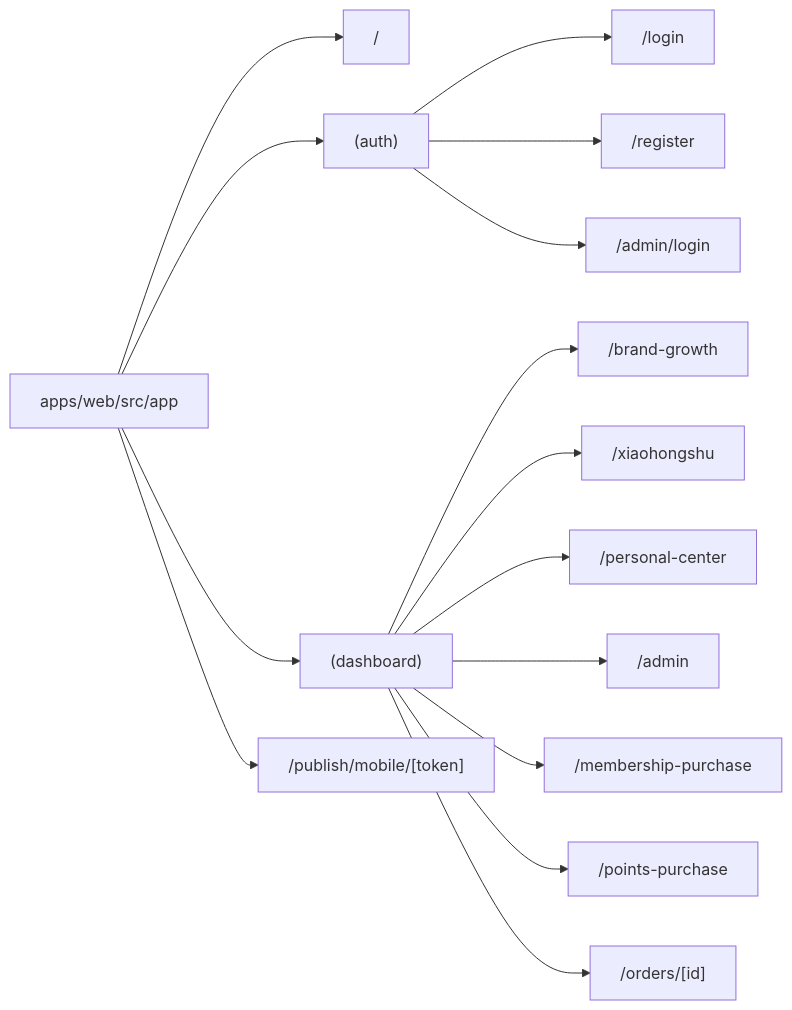
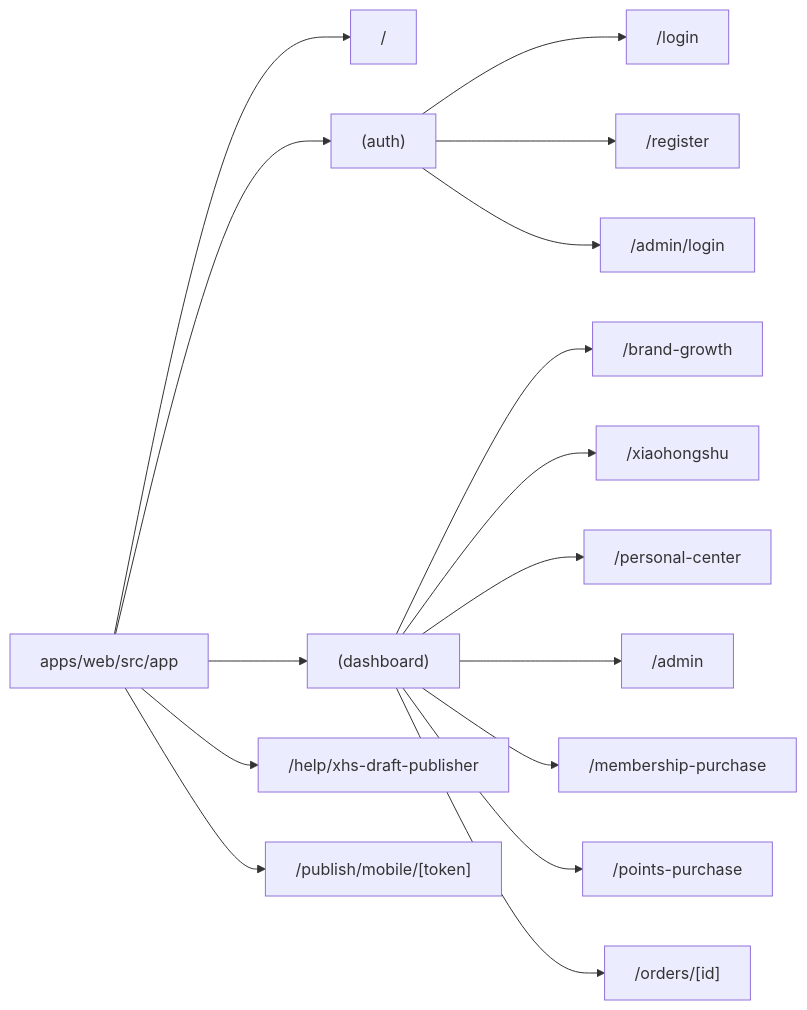
Before and after one commit to Depthukesh/ai-omni-ops-system: the second of 12 diagrams in docs/site-map-mermaid.md, drawn with Mermaid. The commit also changed other lines of this file and 19 other files, not shown here.

````diff
--- a/docs/site-map-mermaid.md
+++ b/docs/site-map-mermaid.md
@@ -92,21 +92,22 @@
 ```mermaid
 flowchart LR
     Root["apps/web/src/app"]
 
     Root --> Home["/"]
     Root --> Auth["(auth)"]
     Root --> Dash["(dashboard)"]
+    Root --> Help["/help/xhs-draft-publisher"]
     Root --> Publish["/publish/mobile/[token]"]
 
     Auth --> Login["/login"]
     Auth --> Register["/register"]
     Auth --> AdminLogin["/admin/login"]
 
     Dash --> BrandGrowth["/brand-growth"]
     Dash --> Xiaohongshu["/xiaohongshu"]
     Dash --> Personal["/personal-center"]
     Dash --> Admin["/admin"]
     Dash --> Membership["/membership-purchase"]
     Dash --> Points["/points-purchase"]
     Dash --> OrderDetail["/orders/[id]"]
 ```
````
